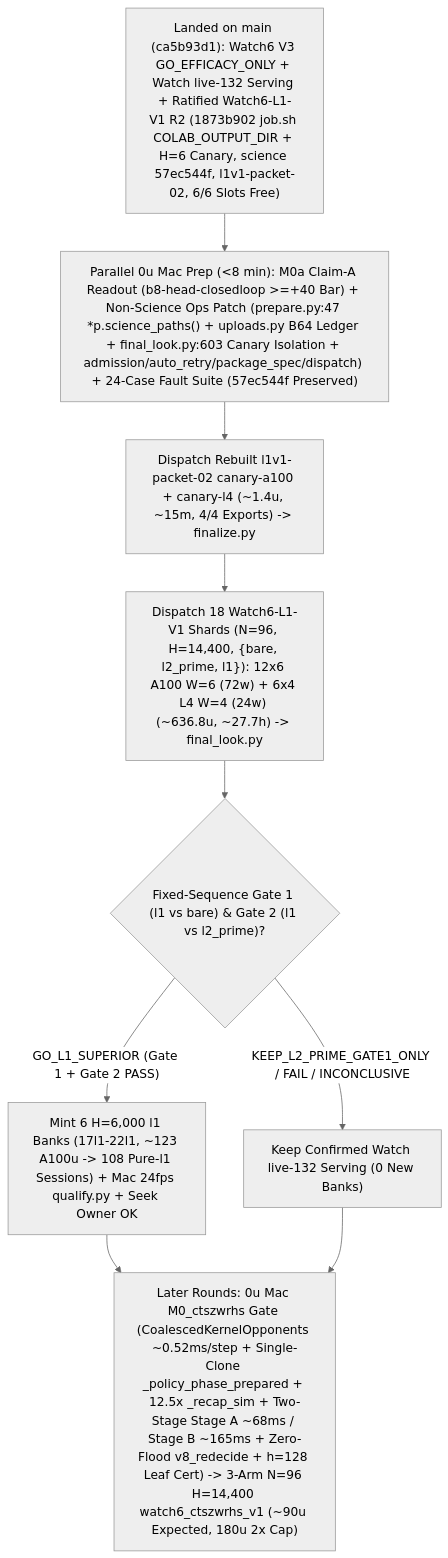
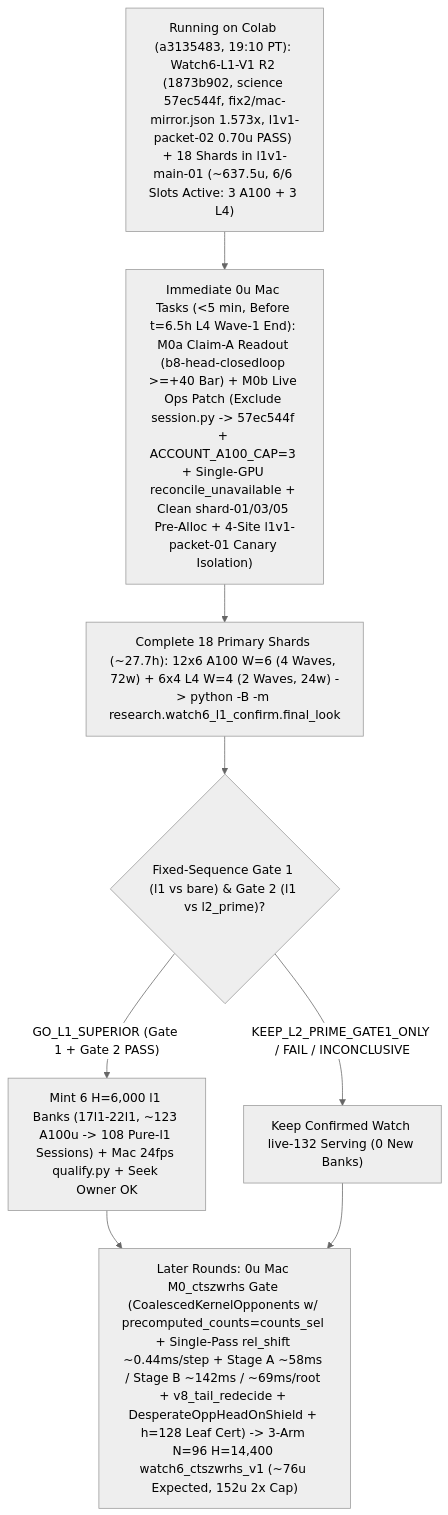
The diagram in docs/research/ROADMAP.md (josenunezwork/snake-dqn), drawn with Mermaid (neutral theme) before and after one commit. The commit also changed other lines of this file, not shown here.

Commit message:
docs(roadmap): fold in Round-23 synthesis (advice, not decisions)

````diff
--- a/docs/research/ROADMAP.md
+++ b/docs/research/ROADMAP.md
@@ -114,11 +110,10 @@
 ```mermaid
 flowchart TD
-    LIVE["Landed on main (ca5b93d1): Watch6 V3 GO_EFFICACY_ONLY + Watch live-132 Serving + Ratified Watch6-L1-V1 R2 (1873b902 job.sh COLAB_OUTPUT_DIR + H=6 Canary, science 57ec544f, l1v1-packet-02, 6/6 Slots Free)"] --> PREP["Parallel 0u Mac Prep (<8 min): M0a Claim-A Readout (b8-head-closedloop >=+40 Bar) + Non-Science Ops Patch (prepare.py:47 *p.science_paths() + uploads.py B64 Ledger + final_look.py:603 Canary Isolation + admission/auto_retry/package_spec/dispatch) + 24-Case Fault Suite (57ec544f Preserved)"]
-    PREP --> CAN["Dispatch Rebuilt l1v1-packet-02 canary-a100 + canary-l4 (~1.4u, ~15m, 4/4 Exports) -> finalize.py"]
-    CAN --> SHARDS["Dispatch 18 Watch6-L1-V1 Shards (N=96, H=14,400, {bare, l2_prime, l1}): 12x6 A100 W=6 (72w) + 6x4 L4 W=4 (24w) (~636.8u, ~27.7h) -> final_look.py"]
-    SHARDS --> GATES{"Fixed-Sequence Gate 1 (l1 vs bare) & Gate 2 (l1 vs l2_prime)?"}
+    LIVE["Running on Colab (a3135483, 19:10 PT): Watch6-L1-V1 R2 (1873b902, science 57ec544f, fix2/mac-mirror.json 1.573x, l1v1-packet-02 0.70u PASS) + 18 Shards in l1v1-main-01 (~637.5u, 6/6 Slots Active: 3 A100 + 3 L4)"] --> M0["Immediate 0u Mac Tasks (<5 min, Before t=6.5h L4 Wave-1 End): M0a Claim-A Readout (b8-head-closedloop >=+40 Bar) + M0b Live Ops Patch (Exclude session.py -> 57ec544f + ACCOUNT_A100_CAP=3 + Single-GPU reconcile_unavailable + Clean shard-01/03/05 Pre-Alloc + 4-Site l1v1-packet-01 Canary Isolation)"]
+    M0 --> WAVES["Complete 18 Primary Shards (~27.7h): 12x6 A100 W=6 (4 Waves, 72w) + 6x4 L4 W=4 (2 Waves, 24w) -> python -B -m research.watch6_l1_confirm.final_look"]
+    WAVES --> GATES{"Fixed-Sequence Gate 1 (l1 vs bare) & Gate 2 (l1 vs l2_prime)?"}
     GATES -- "GO_L1_SUPERIOR (Gate 1 + Gate 2 PASS)" --> SUP["Mint 6 H=6,000 l1 Banks (17l1-22l1, ~123 A100u -> 108 Pure-l1 Sessions) + Mac 24fps qualify.py + Seek Owner OK"]
     GATES -- "KEEP_L2_PRIME_GATE1_ONLY / FAIL / INCONCLUSIVE" --> KEEP["Keep Confirmed Watch live-132 Serving (0 New Banks)"]
-    SUP --> LATER["Later Rounds: 0u Mac M0_ctszwrhs Gate (CoalescedKernelOpponents ~0.52ms/step + Single-Clone _policy_phase_prepared + 12.5x _recap_sim + Two-Stage Stage A ~68ms / Stage B ~165ms + Zero-Flood v8_redecide + h=128 Leaf Cert) -> 3-Arm N=96 H=14,400 watch6_ctszwrhs_v1 (~90u Expected, 180u 2x Cap)"]
+    SUP --> LATER["Later Rounds: 0u Mac M0_ctszwrhs Gate (CoalescedKernelOpponents w/ precomputed_counts=counts_sel + Single-Pass rel_shift ~0.44ms/step + Stage A ~58ms / Stage B ~142ms / ~69ms/root + v8_tail_redecide + DesperateOppHeadOnShield + h=128 Leaf Cert) -> 3-Arm N=96 H=14,400 watch6_ctszwrhs_v1 (~76u Expected, 152u 2x Cap)"]
     KEEP --> LATER
 ```
````
